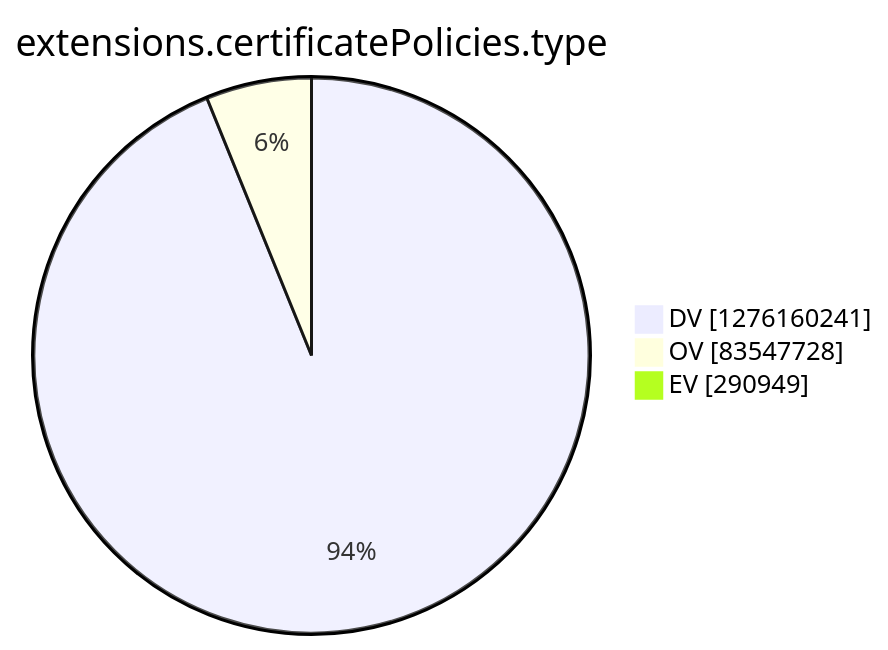
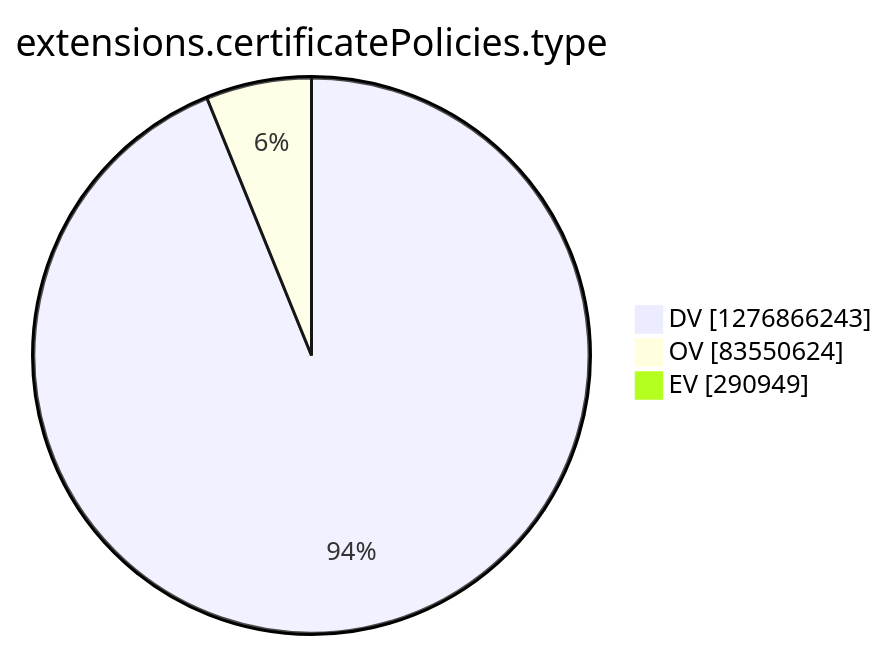
Before and after one commit to christiankrug/ctmonitor_visualization: the tenth of 15 diagrams in argon2022/README.md, drawn with Mermaid. The commit also changed other lines of this file, not shown here.

````diff
--- a/argon2022/README.md
+++ b/argon2022/README.md
@@ -2771,7 +2771,7 @@
 ```mermaid
 pie showData
 title extensions.certificatePolicies.type
-"DV" :1276160241
-"OV" :83547728
+"DV" :1276866243
+"OV" :83550624
 "EV" :290949
 ```
````
